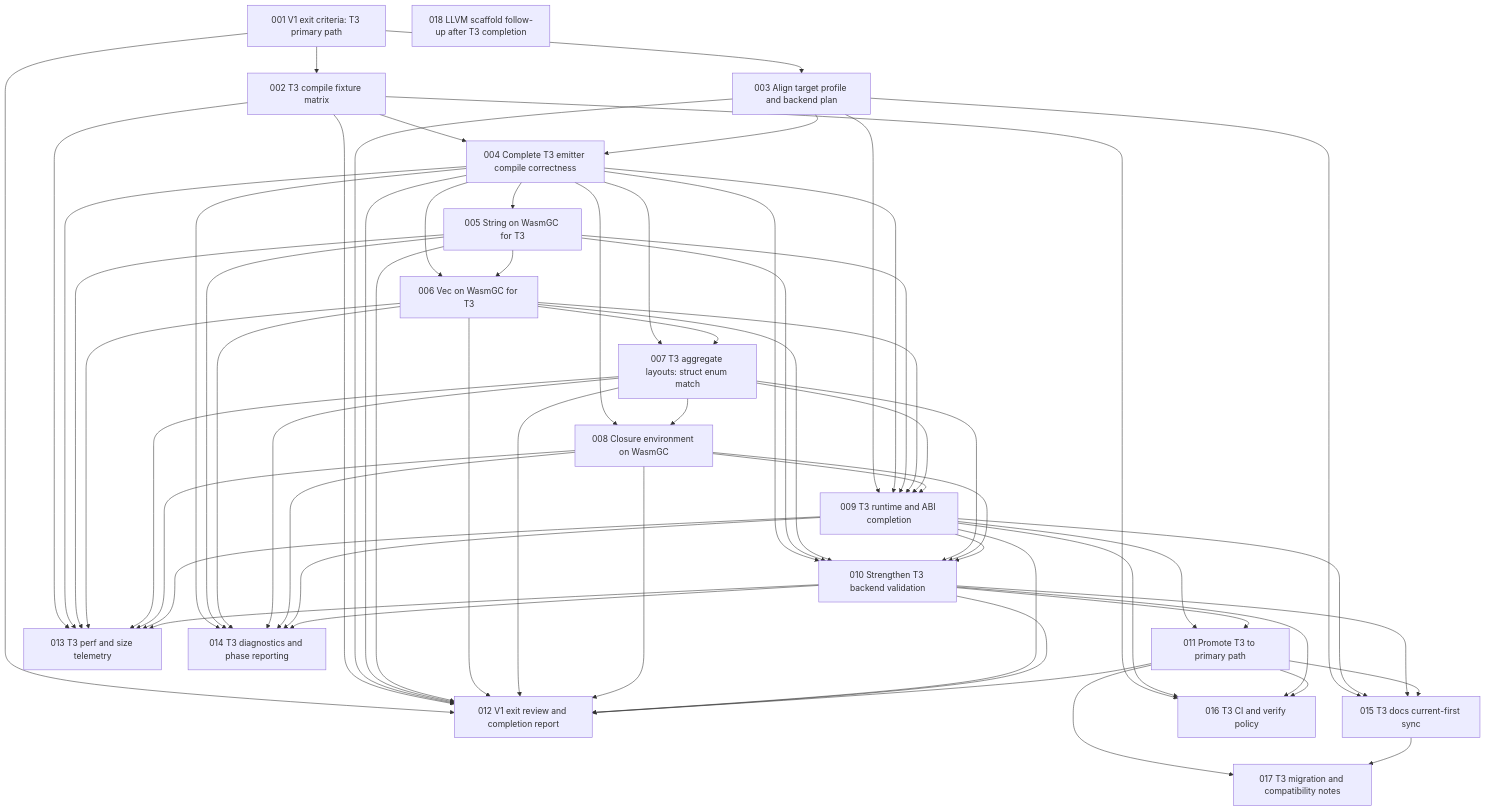
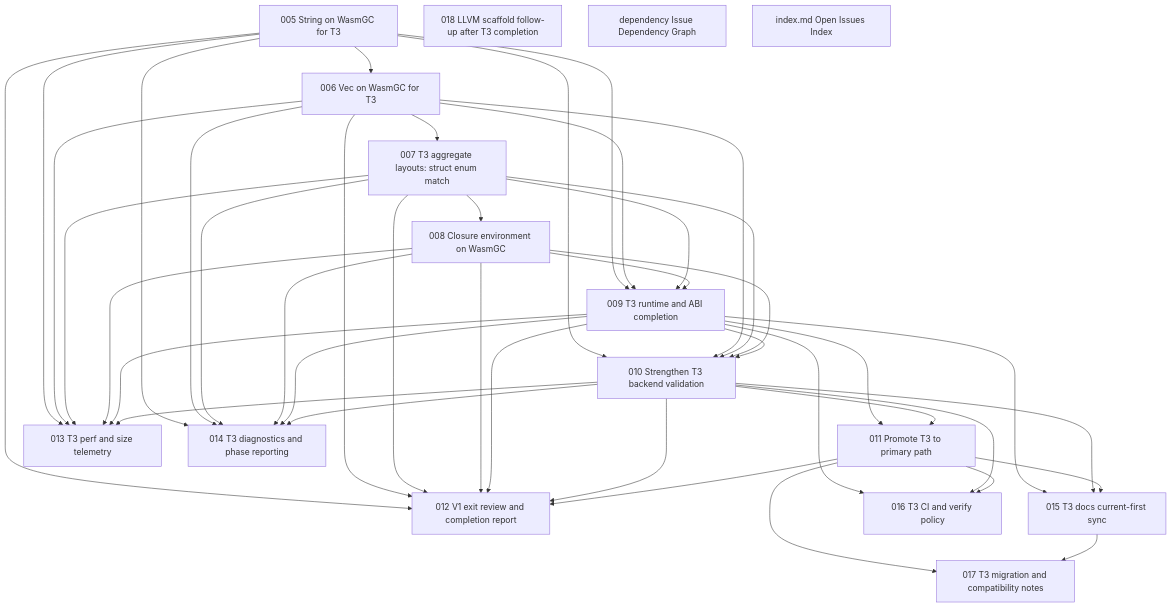
The diagram in issues/open/dependency-graph.md (wogikaze/arukellt), drawn with Mermaid before and after one commit. The commit also changed other lines of this file and 13 other files, not shown here.

First line of the commit message:
004: complete T3 emitter compile correctness

````diff
--- a/issues/open/dependency-graph.md
+++ b/issues/open/dependency-graph.md
@@ -7,82 +7,60 @@
 ```mermaid
 graph TD
-  I001["001 V1 exit criteria: T3 primary path"]
+  I005["005 String on WasmGC for T3"]
   I018["018 LLVM scaffold follow-up after T3 completion"]
-  I002["002 T3 compile fixture matrix"]
-  I003["003 Align target profile and backend plan"]
-  I004["004 Complete T3 emitter compile correctness"]
-  I005["005 String on WasmGC for T3"]
+  Idependency["dependency Issue Dependency Graph"]
+  Iindex.md["index.md Open Issues Index"]
   I006["006 Vec on WasmGC for T3"]
   I007["007 T3 aggregate layouts: struct enum match"]
   I008["008 Closure environment on WasmGC"]
   I009["009 T3 runtime and ABI completion"]
   I010["010 Strengthen T3 backend validation"]
   I011["011 Promote T3 to primary path"]
   I013["013 T3 perf and size telemetry"]
   I014["014 T3 diagnostics and phase reporting"]
   I012["012 V1 exit review and completion report"]
   I015["015 T3 docs current-first sync"]
   I016["016 T3 CI and verify policy"]
   I017["017 T3 migration and compatibility notes"]
-  I001 --> I002
-  I001 --> I003
-  I002 --> I004
-  I003 --> I004
-  I004 --> I005
-  I004 --> I006
   I005 --> I006
-  I004 --> I007
   I006 --> I007
-  I004 --> I008
   I007 --> I008
-  I003 --> I009
-  I004 --> I009
   I005 --> I009
   I006 --> I009
   I007 --> I009
   I008 --> I009
-  I004 --> I010
   I005 --> I010
   I006 --> I010
   I007 --> I010
   I008 --> I010
   I009 --> I010
   I009 --> I011
   I010 --> I011
-  I002 --> I013
-  I004 --> I013
   I005 --> I013
   I006 --> I013
   I007 --> I013
   I008 --> I013
   I009 --> I013
   I010 --> I013
-  I004 --> I014
   I005 --> I014
   I006 --> I014
   I007 --> I014
   I008 --> I014
   I009 --> I014
   I010 --> I014
-  I001 --> I012
-  I002 --> I012
-  I003 --> I012
-  I004 --> I012
   I005 --> I012
   I006 --> I012
   I007 --> I012
   I008 --> I012
   I009 --> I012
   I010 --> I012
   I011 --> I012
-  I003 --> I015
   I009 --> I015
   I010 --> I015
   I011 --> I015
-  I002 --> I016
   I009 --> I016
   I010 --> I016
   I011 --> I016
   I011 --> I017
   I015 --> I017
 ```
````
